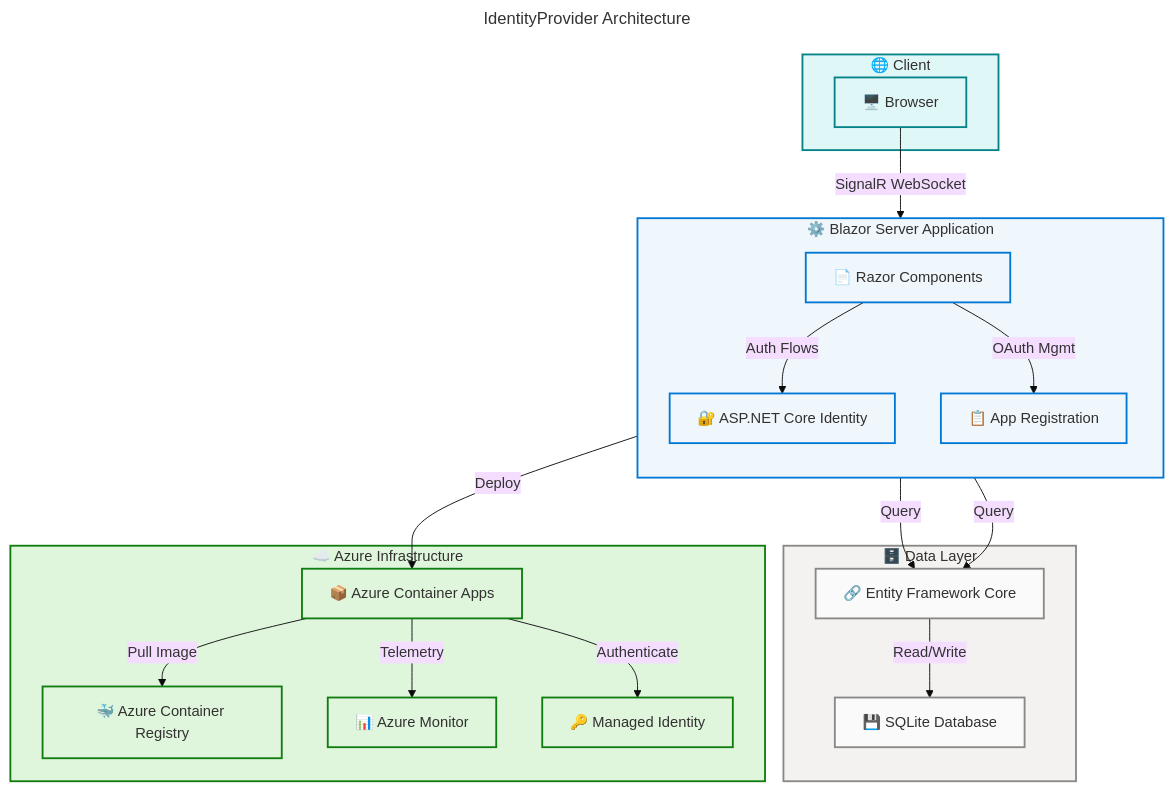
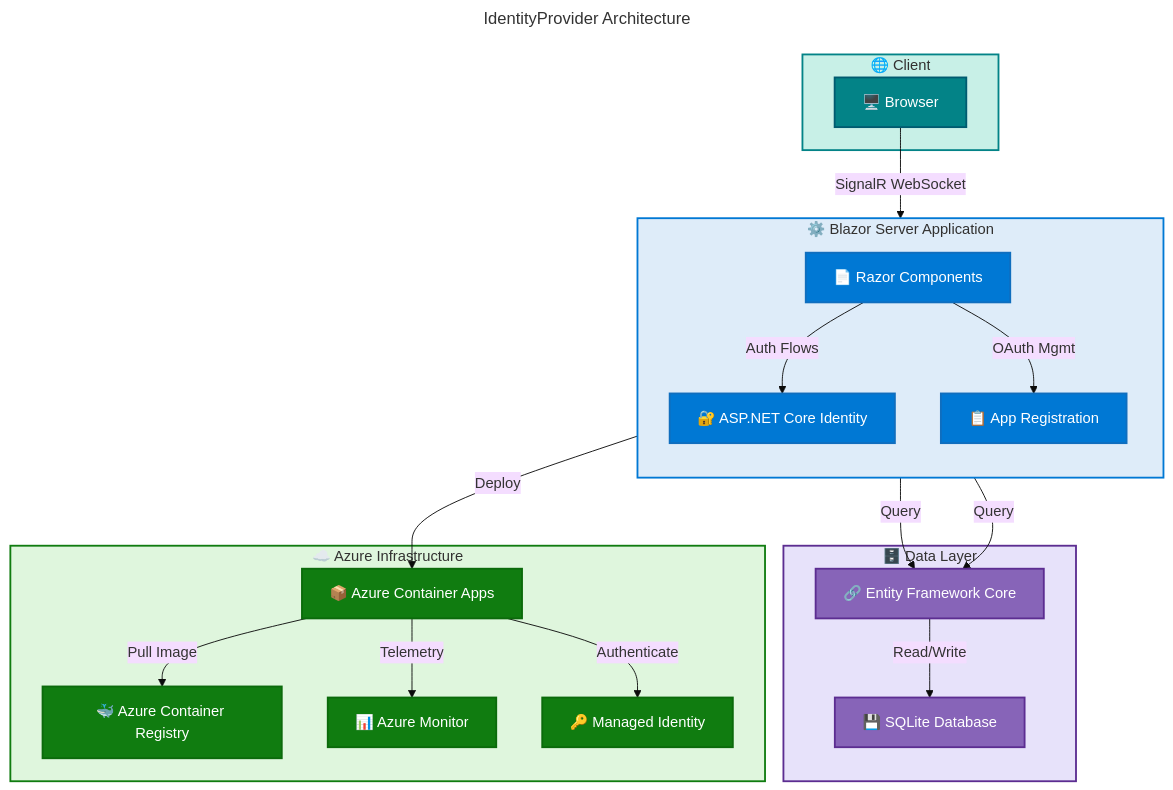
The diagram in README.md (Evilazaro/IdentityProvider), drawn with Mermaid before and after one commit.

Commit message:
Enhance README.md with updated flowchart styles and theme variables for improved visual clarity

````diff
--- a/README.md
+++ b/README.md
@@ -220,70 +220,73 @@
 ```mermaid
 ---
 title: IdentityProvider Architecture
 config:
   theme: base
   look: classic
   layout: dagre
+  themeVariables:
+    fontSize: '16px'
   flowchart:
     htmlLabels: true
 ---
 flowchart TB
     accTitle: IdentityProvider Application Architecture
     accDescr: Layered architecture showing client browser connecting via SignalR to Blazor Server with Identity and App Registration components backed by EF Core and SQLite and deployed to Azure Container Apps with monitoring
 
     %% ═══════════════════════════════════════════════════════════════════════════
     %% AZURE / FLUENT ARCHITECTURE PATTERN v1.1
     %% (Semantic + Structural + Font + Accessibility Governance)
     %% ═══════════════════════════════════════════════════════════════════════════
     %% PHASE 1 - FLUENT UI: All styling uses approved Fluent UI palette only
     %% PHASE 2 - GROUPS: Every subgraph has semantic color via style directive
     %% PHASE 3 - COMPONENTS: Every node has semantic classDef + icon prefix
     %% PHASE 4 - ACCESSIBILITY: accTitle/accDescr present, WCAG AA contrast
     %% PHASE 5 - STANDARD: Governance block present, classDefs centralized
     %% ═══════════════════════════════════════════════════════════════════════════
 
     subgraph client["🌐 Client"]
         Browser["🖥️ Browser"]:::external
     end
 
     subgraph blazor["⚙️ Blazor Server Application"]
         direction TB
         Components["📄 Razor Components"]:::core
         Identity["🔐 ASP.NET Core Identity"]:::core
         AppReg["📋 App Registration"]:::core
     end
 
     subgraph data["🗄️ Data Layer"]
-        EFCore["🔗 Entity Framework Core"]:::neutral
-        SQLite["💾 SQLite Database"]:::neutral
+        EFCore["🔗 Entity Framework Core"]:::data
+        SQLite["💾 SQLite Database"]:::data
     end
 
     subgraph azure["☁️ Azure Infrastructure"]
         ContainerApp["📦 Azure Container Apps"]:::success
         ACR["🐳 Azure Container Registry"]:::success
         Monitor["📊 Azure Monitor"]:::success
         ManagedId["🔑 Managed Identity"]:::success
     end
 
     Browser -->|"SignalR WebSocket"| Components
     Components -->|"Auth Flows"| Identity
     Components -->|"OAuth Mgmt"| AppReg
     Identity -->|"Query"| EFCore
     AppReg -->|"Query"| EFCore
     EFCore -->|"Read/Write"| SQLite
     blazor -->|"Deploy"| ContainerApp
     ContainerApp -->|"Pull Image"| ACR
     ContainerApp -->|"Telemetry"| Monitor
     ContainerApp -->|"Authenticate"| ManagedId
 
-    style client fill:#E0F7F7,stroke:#038387,stroke-width:2px,color:#323130
-    style blazor fill:#EFF6FC,stroke:#0078D4,stroke-width:2px,color:#323130
-    style data fill:#F3F2F1,stroke:#8A8886,stroke-width:2px,color:#323130
+    %% Subgraph styling (4 subgraphs = 4 style directives)
+    style client fill:#C8F0E7,stroke:#038387,stroke-width:2px,color:#323130
+    style blazor fill:#DEECF9,stroke:#0078D4,stroke-width:2px,color:#323130
+    style data fill:#E7E2FA,stroke:#5C2D91,stroke-width:2px,color:#323130
     style azure fill:#DFF6DD,stroke:#107C10,stroke-width:2px,color:#323130
 
     %% Centralized semantic classDefs (Phase 5 compliant)
-    classDef core fill:#EFF6FC,stroke:#0078D4,stroke-width:2px,color:#323130
-    classDef success fill:#DFF6DD,stroke:#107C10,stroke-width:2px,color:#323130
-    classDef neutral fill:#FAFAFA,stroke:#8A8886,stroke-width:2px,color:#323130
-    classDef external fill:#E0F7F7,stroke:#038387,stroke-width:2px,color:#323130
+    classDef core fill:#0078D4,stroke:#106EBE,stroke-width:2px,color:#FFFFFF
+    classDef success fill:#107C10,stroke:#0B6A0B,stroke-width:2px,color:#FFFFFF
+    classDef data fill:#8764B8,stroke:#5C2D91,stroke-width:2px,color:#FFFFFF
+    classDef external fill:#038387,stroke:#005B70,stroke-width:2px,color:#FFFFFF
 ```
````
